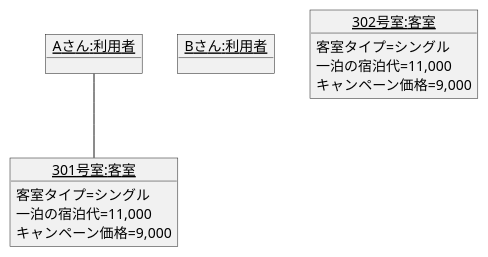
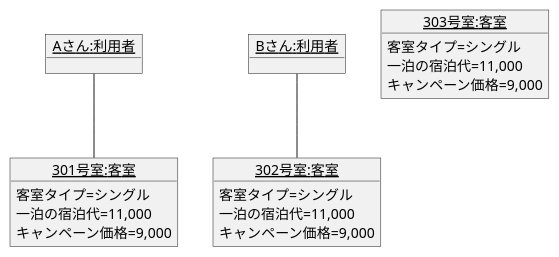
One commit to Kuya0307/unl-introduction changed the diagram in 演習3-5_OBJ_ホテル宿泊予約.pu. Above: the diagram before and after it, drawn with PlantUML. The commit also changed 2 other files, not shown here.

```diff
--- a/演習3-5_OBJ_ホテル宿泊予約.pu
+++ b/演習3-5_OBJ_ホテル宿泊予約.pu
@@ -1,19 +1,25 @@
 @startuml オブジェクト図
     object "<u>Aさん:利用者</u>" as A{
 
     }
     object "<u>Bさん:利用者</u>" as B{
 
     }
     object "<u>301号室:客室</u>" as 301{
         客室タイプ=シングル
         一泊の宿泊代=11,000
         キャンペーン価格=9,000
     }
     object "<u>302号室:客室</u>" as 302{
         客室タイプ=シングル
         一泊の宿泊代=11,000
         キャンペーン価格=9,000
     }
+      object "<u>303号室:客室</u>" as 303{
+        客室タイプ=シングル
+        一泊の宿泊代=11,000
+        キャンペーン価格=9,000
+    }
     A -- 301
+    B -- 302
 @enduml
```
